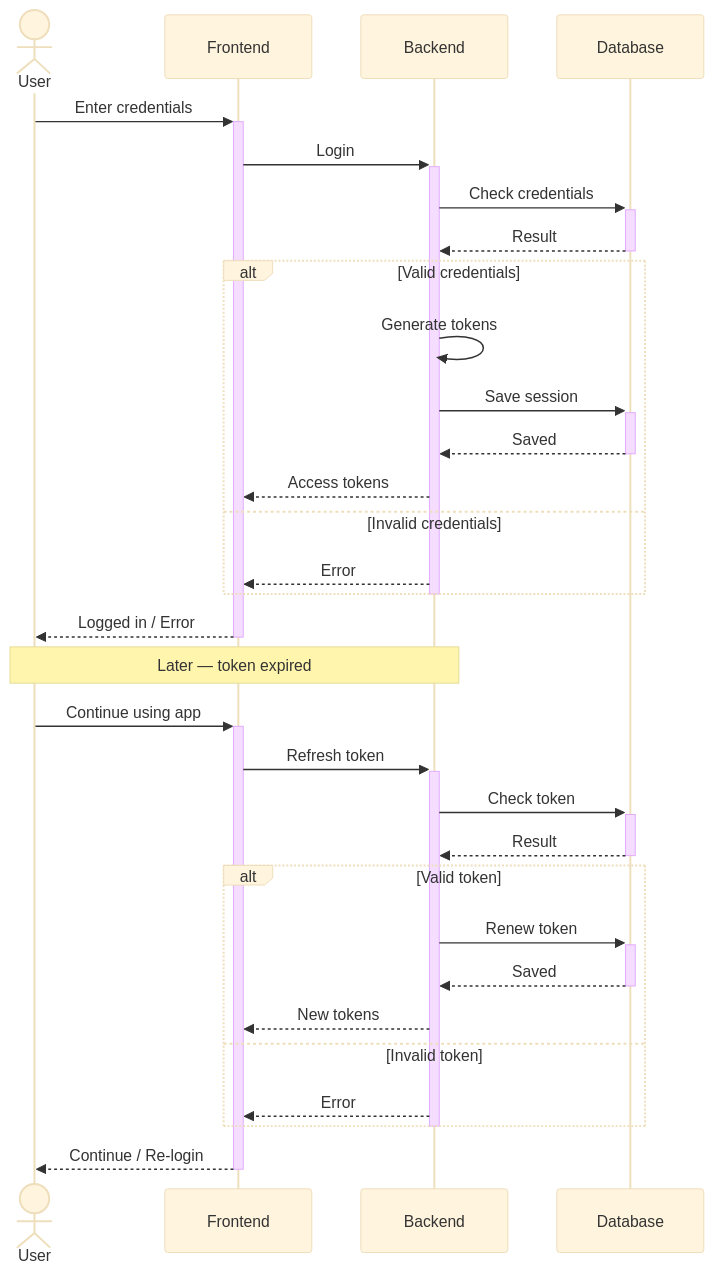
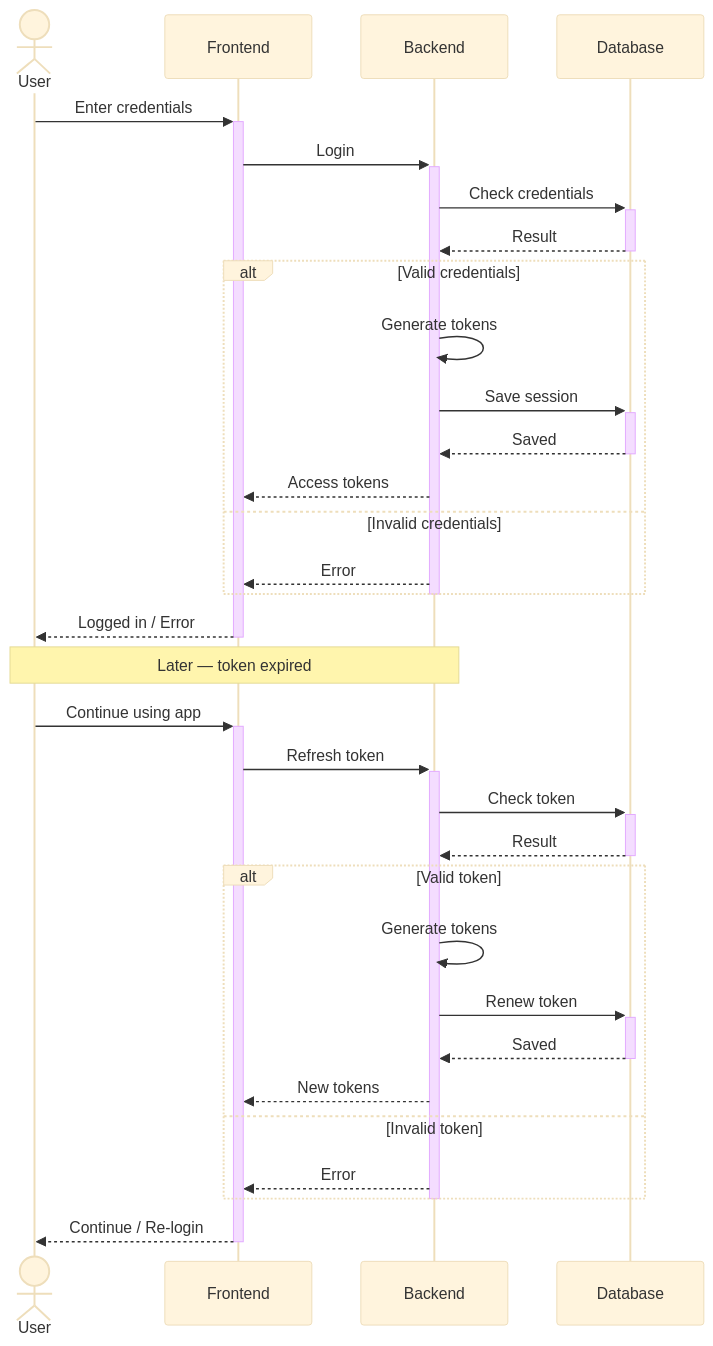
One commit to MohamedChebbi123/teamnest changed the second of 16 diagrams in docs/SEQUENCE_DIAGRAMS.md. Above: the diagram before and after it, drawn with Mermaid (base theme). The commit also changed other lines of this file, not shown here.

````diff
--- a/docs/SEQUENCE_DIAGRAMS.md
+++ b/docs/SEQUENCE_DIAGRAMS.md
@@ -70,38 +70,39 @@
 ```mermaid
 sequenceDiagram
     actor User
     participant FE as Frontend
     participant API as Backend
     participant DB as Database
 
     User->>+FE: Enter credentials
     FE->>+API: Login
     API->>+DB: Check credentials
     DB-->>-API: Result
     alt Valid credentials
         API->>API: Generate tokens
         API->>+DB: Save session
         DB-->>-API: Saved
         API-->>FE: Access tokens
     else Invalid credentials
         API-->>FE: Error
     end
     deactivate API
     FE-->>-User: Logged in / Error
 
     Note over User,API: Later — token expired
 
     User->>+FE: Continue using app
     FE->>+API: Refresh token
     API->>+DB: Check token
     DB-->>-API: Result
     alt Valid token
+        API->>API: Generate tokens
         API->>+DB: Renew token
         DB-->>-API: Saved
         API-->>FE: New tokens
     else Invalid token
         API-->>FE: Error
     end
     deactivate API
     FE-->>-User: Continue / Re-login
 ```
````
